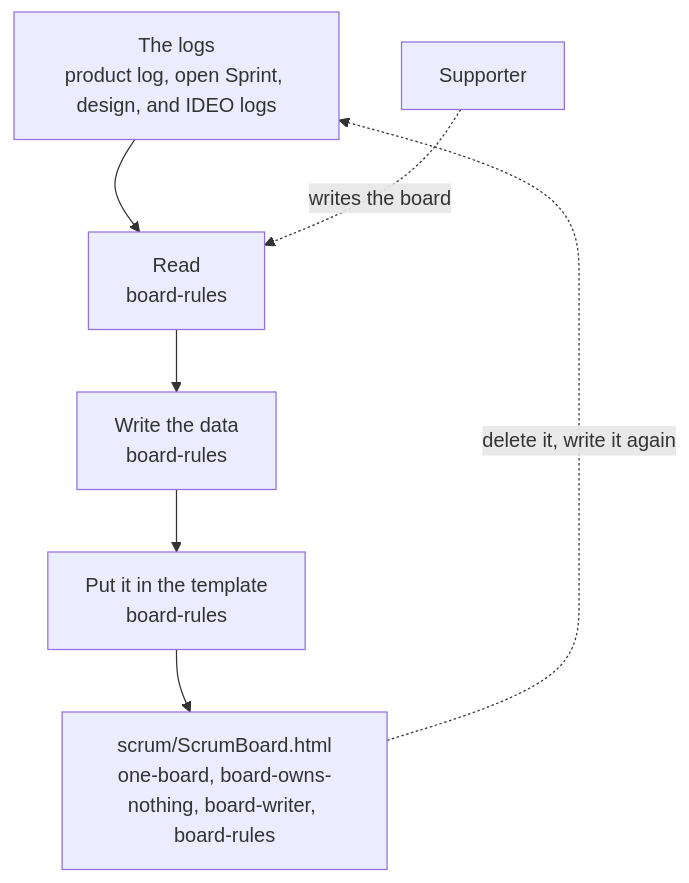
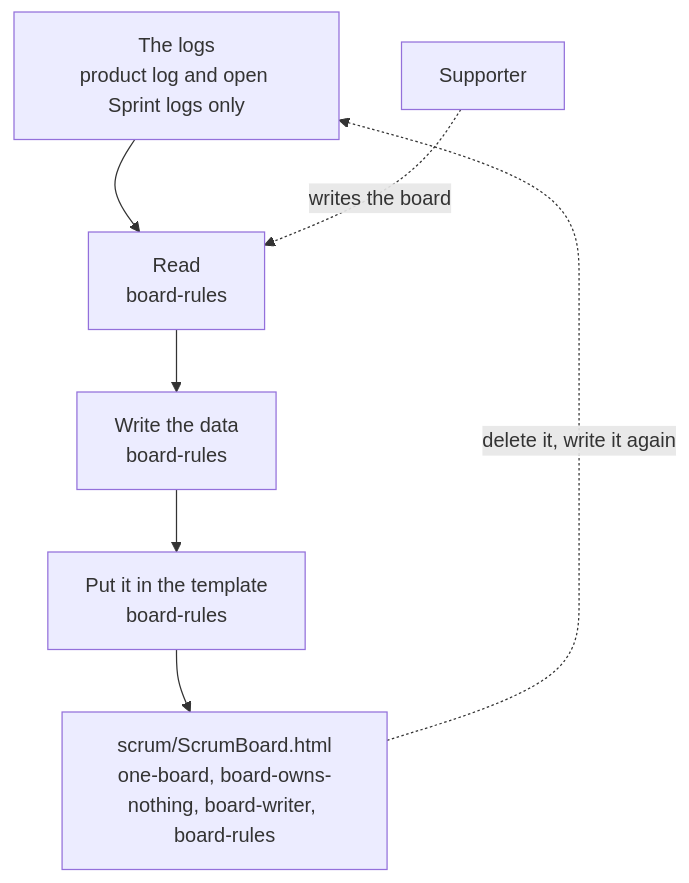
The fifth of 5 diagrams in plugins/ideo-scrum/skills/memory/details/flow-maps.md (seapawn1/IDEO-Scrum), drawn with Mermaid before and after one commit. The commit also changed other lines of this file and 78 other files, not shown here.

````diff
--- a/plugins/ideo-scrum/skills/memory/details/flow-maps.md
+++ b/plugins/ideo-scrum/skills/memory/details/flow-maps.md
@@ -100,9 +80,9 @@
 ```mermaid
 flowchart TD
-    L["The logs<br/>product log, open Sprint, design, and IDEO logs"] --> R["Read<br/>board-rules"]
+    L["The logs<br/>product log and open Sprint logs only"] --> R["Read<br/>board-rules"]
     R --> D["Write the data<br/>board-rules"]
     D --> G["Put it in the template<br/>board-rules"]
     G --> B["scrum/ScrumBoard.html<br/>one-board, board-owns-nothing, board-writer, board-rules"]
     B -. "delete it, write it again" .-> L
     SU["Supporter"] -. "writes the board" .-> R
 ```
````
